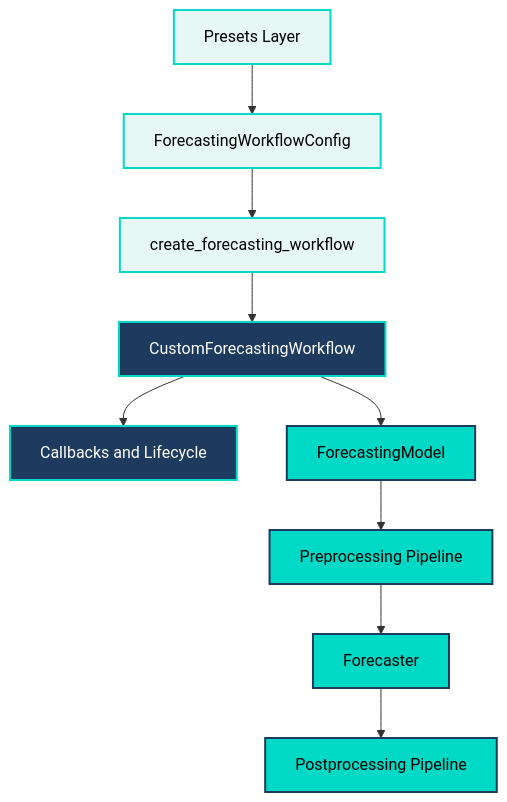
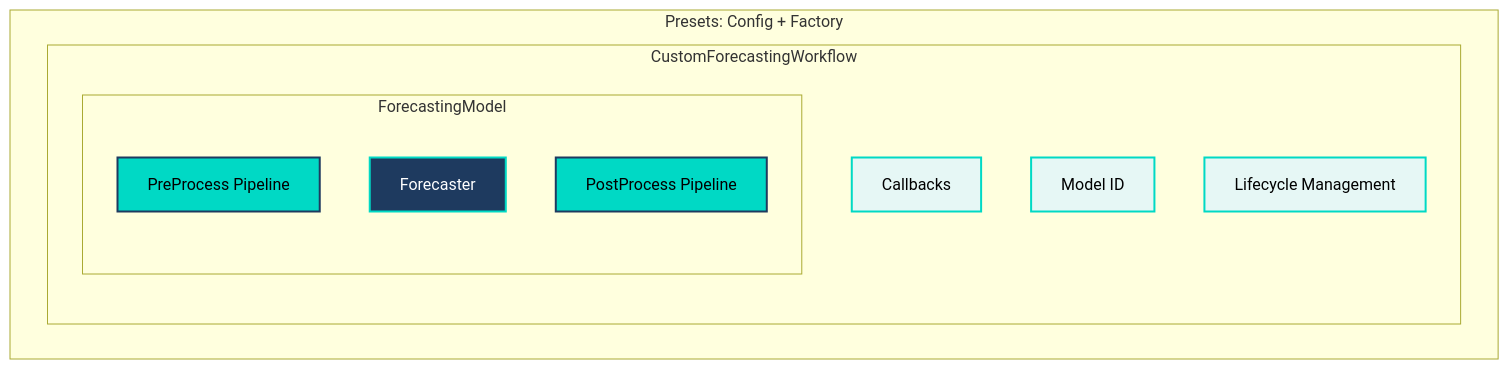
The diagram in docs/source/diagrams/user_guide/concepts/models_diagram_1.mmd (OpenSTEF/openstef), drawn with Mermaid before and after one commit. The commit also changed 7 other files, not shown here.

Commit message:
docs: add generated Mermaid diagrams for release release/v4.0.0

```diff
--- a/docs/source/diagrams/user_guide/concepts/models_diagram_1.mmd
+++ b/docs/source/diagrams/user_guide/concepts/models_diagram_1.mmd
@@ -1,18 +1,21 @@
 graph TD
-    A[Presets Layer] --> B[ForecastingWorkflowConfig]
-    B --> C[create_forecasting_workflow]
-    C --> D[CustomForecastingWorkflow]
-    D --> E[Callbacks and Lifecycle]
-    D --> F[ForecastingModel]
-    F --> G[Preprocessing Pipeline]
-    G --> H[Forecaster]
-    H --> I[Postprocessing Pipeline]
+    subgraph Presets["Presets: Config + Factory"]
+        subgraph Workflow["CustomForecastingWorkflow"]
+            subgraph Model["ForecastingModel"]
+                A[PreProcess Pipeline]
+                B[Forecaster]
+                C[PostProcess Pipeline]
+            end
+            D[Callbacks]
+            E[Model ID]
+            F[Lifecycle Management]
+        end
+    end
 
     classDef primary fill:#00D9C5,stroke:#1E3A5F,stroke-width:2px,color:#000
     classDef secondary fill:#1E3A5F,stroke:#00D9C5,stroke-width:2px,color:#fff
     classDef accent fill:#e6f7f5,stroke:#00D9C5,stroke-width:2px,color:#000
 
-    class A,B,C accent
-    class D,E secondary
-    class F primary
-    class G,H,I primary
+    class B secondary
+    class A,C primary
+    class D,E,F accent
```
